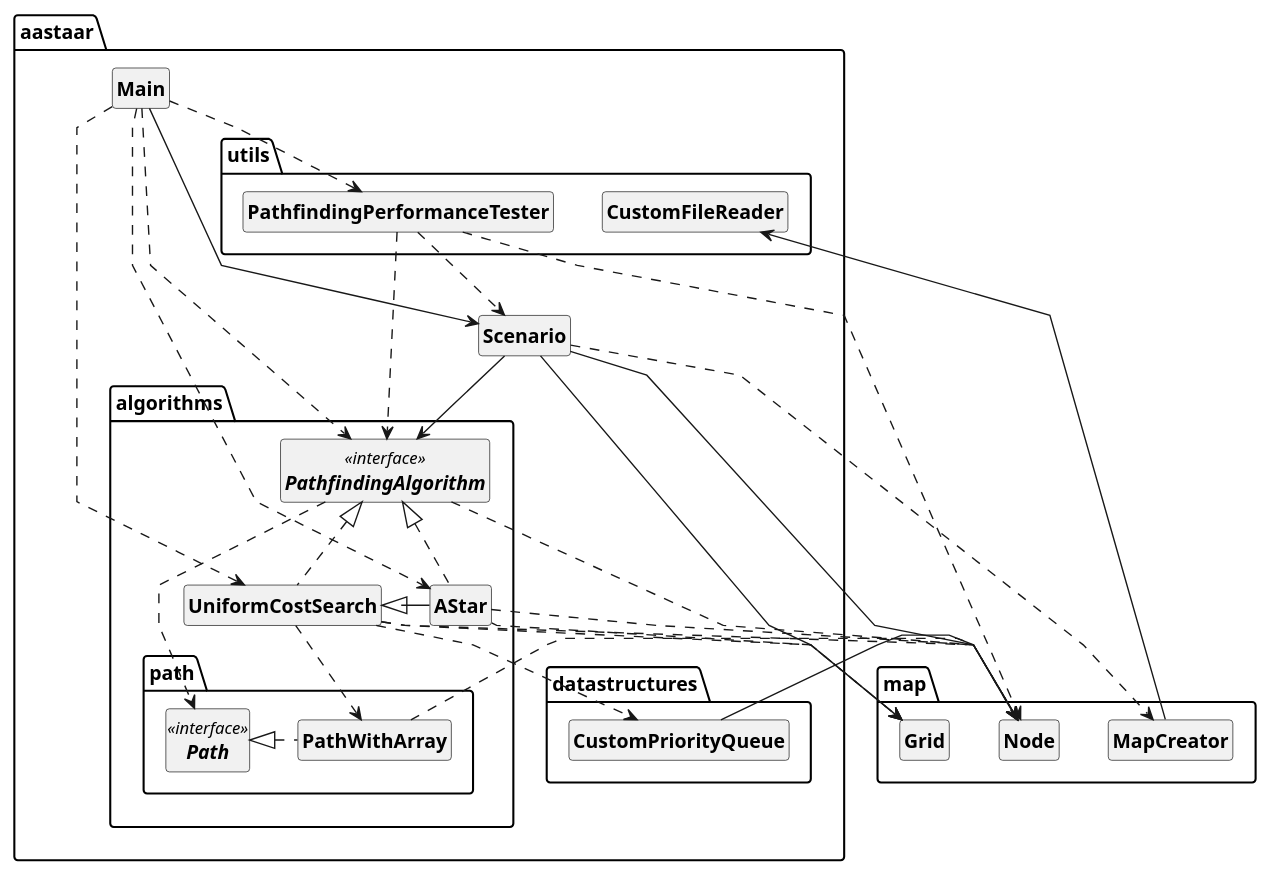
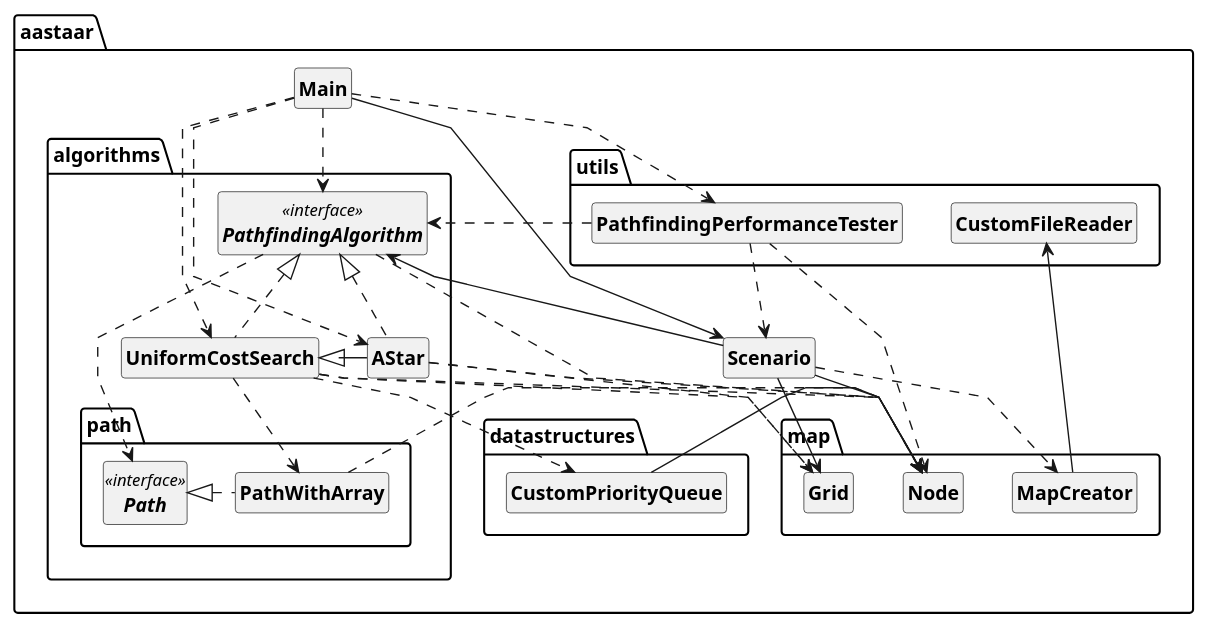
Before and after one commit to magael/aastaar: the diagram in documentation/luokkakaavio/kaavio.plantuml, drawn with PlantUML. The commit also changed 5 other files, not shown here.

```diff
--- a/documentation/luokkakaavio/kaavio.plantuml
+++ b/documentation/luokkakaavio/kaavio.plantuml
@@ -1,79 +1,79 @@
 @startuml
 skinparam classAttributeIconSize 0
 skinparam ClassFontStyle bold
 skinparam linetype polyline
 
 /'title Yksityiskohtaisempi komponenttiarkkitehtuuri'/
 
 package aastaar {
   class Main
   class Scenario
 
-  package .map {
+  package map {
     class MapCreator 
     class Grid
     class Node
   }
 
   package algorithms {
     class AStar
     class UniformCostSearch
     interface PathfindingAlgorithm <<interface>>
 
     package path {
       class PathWithArray
       interface Path <<interface>>
     }
   }
 
   package utils {
     class PathfindingPerformanceTester
     class CustomFileReader
   }
 
   package datastructures {
     class CustomPriorityQueue
   }
 }
 
 Main --> Scenario
 Main ..> PathfindingAlgorithm
 Main ..> AStar
 Main ..> UniformCostSearch
 Main ..> PathfindingPerformanceTester
 
 Scenario --> Grid
 Scenario ..> MapCreator
 Scenario -left-> Node
 Scenario --> PathfindingAlgorithm
 
 MapCreator --> CustomFileReader
 
 PathfindingPerformanceTester ..> Scenario
 PathfindingPerformanceTester ..> Node
 PathfindingPerformanceTester ..> PathfindingAlgorithm
 
 PathfindingAlgorithm ..> Path
 PathfindingAlgorithm ..> Node
 PathfindingAlgorithm <|.. UniformCostSearch
 PathfindingAlgorithm <|.. AStar
 
 UniformCostSearch <|-up AStar
 UniformCostSearch ..> CustomPriorityQueue
 UniformCostSearch ..> PathWithArray
 UniformCostSearch ..> Node
 UniformCostSearch ..> Grid
 
 AStar ..> Grid
 AStar ..> Node
 
 Path <|. PathWithArray
 
 PathWithArray ..> Node
 
 CustomPriorityQueue --> Node
 
 hide members
 hide circles
 
 @enduml
```
